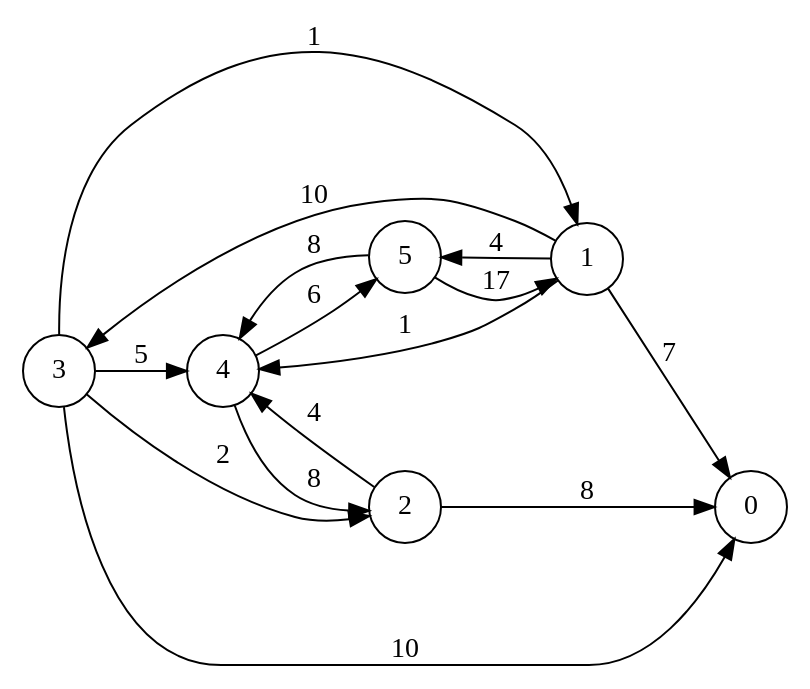
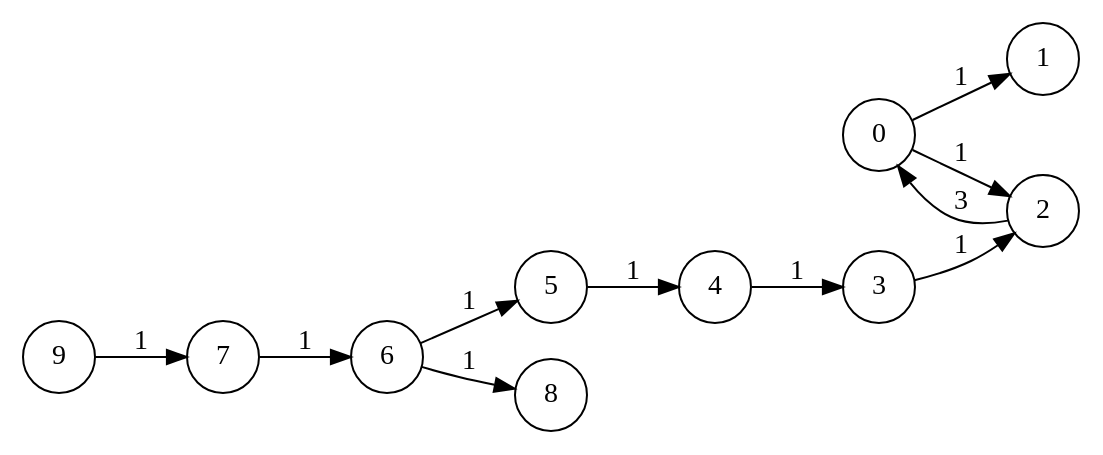
The diagram in graphs/updated_graph.dot (jodorganistaca/ProjectOcaml), drawn with Graphviz before and after one commit. The commit also changed 4 other files, not shown here.

```diff
--- a/graphs/updated_graph.dot
+++ b/graphs/updated_graph.dot
@@ -1,19 +1,15 @@
 digraph dot_graph {
   rankdir=LR;
   size="8,5"
   node [shape=circle];
-  3 -> 4 [label = "5"]; 
-  3 -> 2 [label = "2"]; 
-  3 -> 0 [label = "10"]; 
-  3 -> 1 [label = "1"]; 
-  1 -> 4 [label = "1"]; 
-  1 -> 0 [label = "7"]; 
-  1 -> 3 [label = "10"]; 
-  1 -> 5 [label = "4"]; 
-  2 -> 0 [label = "8"]; 
-  2 -> 4 [label = "4"]; 
-  5 -> 1 [label = "17"]; 
-  5 -> 4 [label = "8"]; 
-  4 -> 2 [label = "8"]; 
-  4 -> 5 [label = "6"]; 
+  0 -> 1 [label = "1"]; 
+  0 -> 2 [label = "1"]; 
+  2 -> 0 [label = "3"]; 
+  3 -> 2 [label = "1"]; 
+  4 -> 3 [label = "1"]; 
+  5 -> 4 [label = "1"]; 
+  6 -> 8 [label = "1"]; 
+  6 -> 5 [label = "1"]; 
+  7 -> 6 [label = "1"]; 
+  9 -> 7 [label = "1"]; 
 }
```
